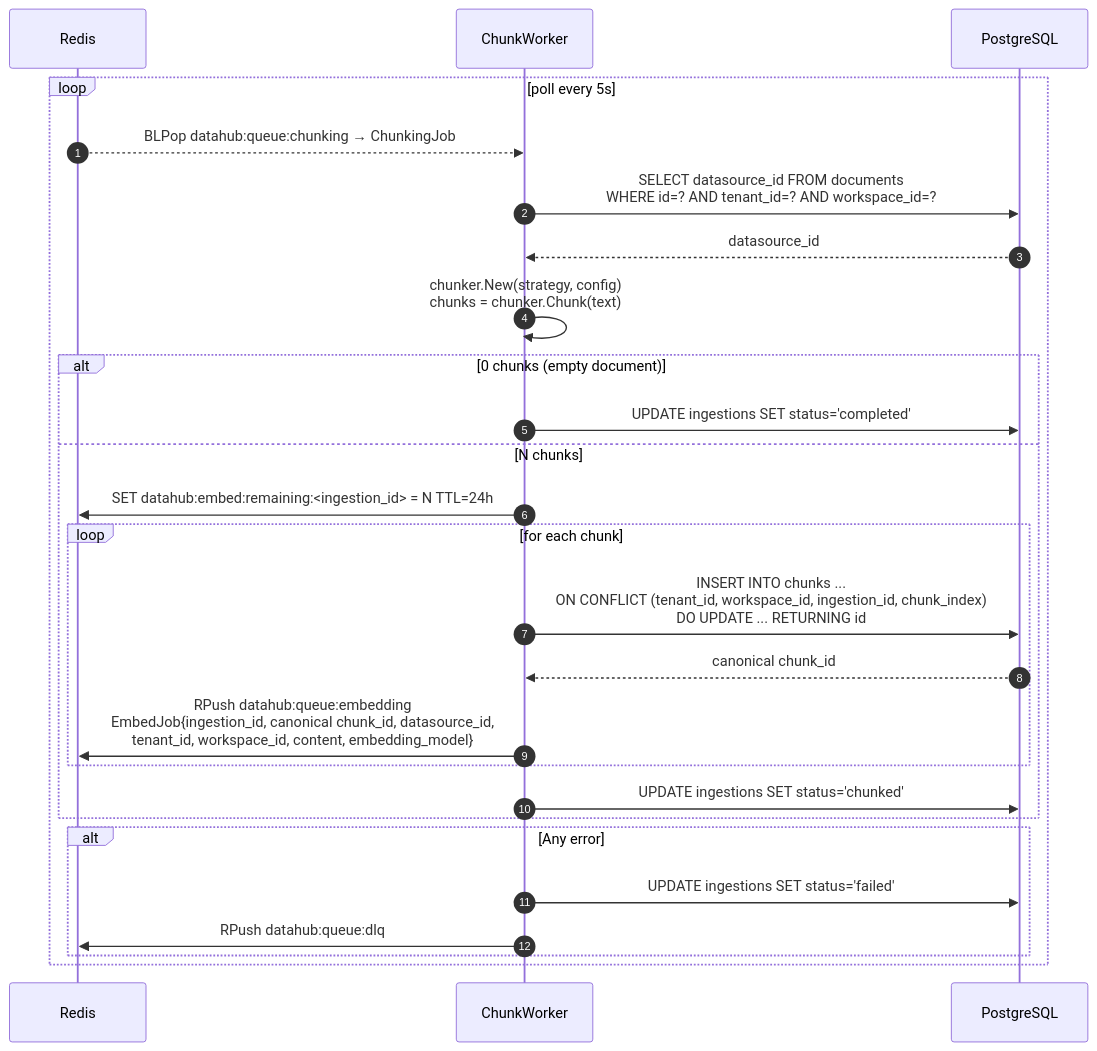
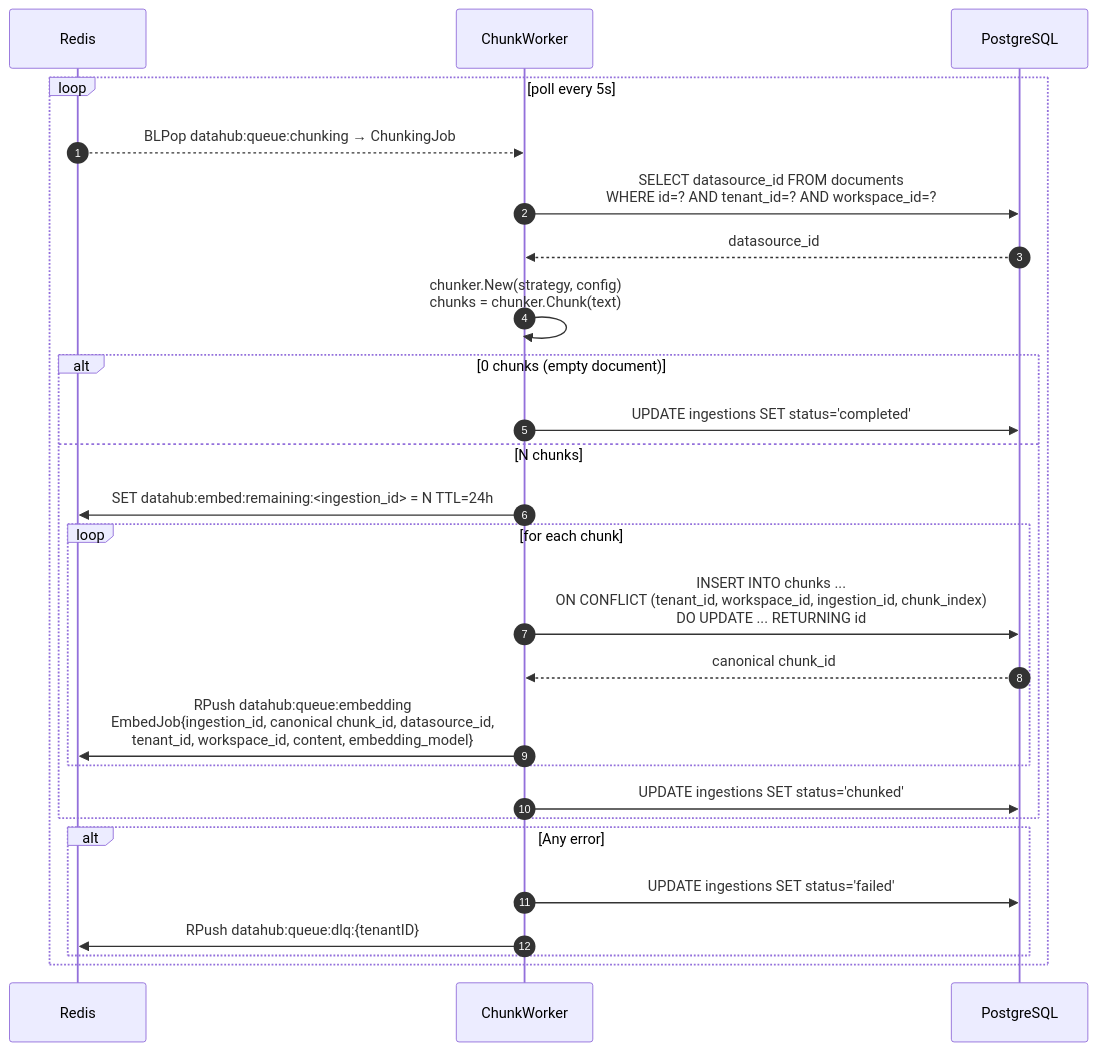
The sixth of 12 diagrams in docs/architecture/datahub/sequence.md (Andrew-Bu1/Agent-Platform), drawn with Mermaid before and after one commit. The commit also changed other lines of this file and 6 other files, not shown here.

````diff
--- a/docs/architecture/datahub/sequence.md
+++ b/docs/architecture/datahub/sequence.md
@@ -321,29 +345,29 @@
 ```mermaid
 sequenceDiagram
     autonumber
     participant Redis as Redis
     participant CW as ChunkWorker
     participant DB as PostgreSQL
 
     loop poll every 5s
         Redis-->>CW: BLPop datahub:queue:chunking → ChunkingJob
         CW->>DB: SELECT datasource_id FROM documents<br/>WHERE id=? AND tenant_id=? AND workspace_id=?
         DB-->>CW: datasource_id
         CW->>CW: chunker.New(strategy, config)<br/>chunks = chunker.Chunk(text)
         alt 0 chunks (empty document)
             CW->>DB: UPDATE ingestions SET status='completed'
         else N chunks
             CW->>Redis: SET datahub:embed:remaining:<ingestion_id> = N  TTL=24h
             loop for each chunk
                 CW->>DB: INSERT INTO chunks ...<br/>ON CONFLICT (tenant_id, workspace_id, ingestion_id, chunk_index)<br/>DO UPDATE ... RETURNING id
                 DB-->>CW: canonical chunk_id
                 CW->>Redis: RPush datahub:queue:embedding<br/>EmbedJob{ingestion_id, canonical chunk_id, datasource_id,<br/>tenant_id, workspace_id, content, embedding_model}
             end
             CW->>DB: UPDATE ingestions SET status='chunked'
         end
         alt Any error
             CW->>DB: UPDATE ingestions SET status='failed'
-            CW->>Redis: RPush datahub:queue:dlq
+            CW->>Redis: RPush datahub:queue:dlq:{tenantID}
         end
     end
 ```
````
